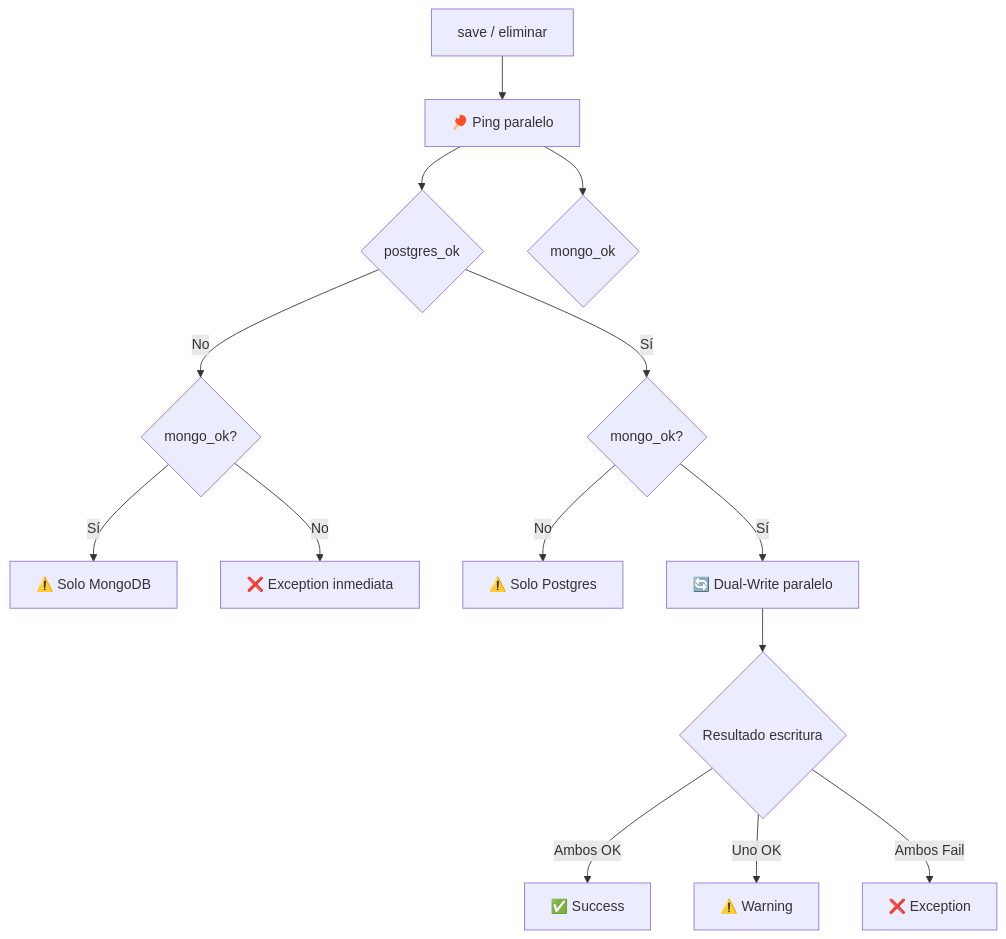
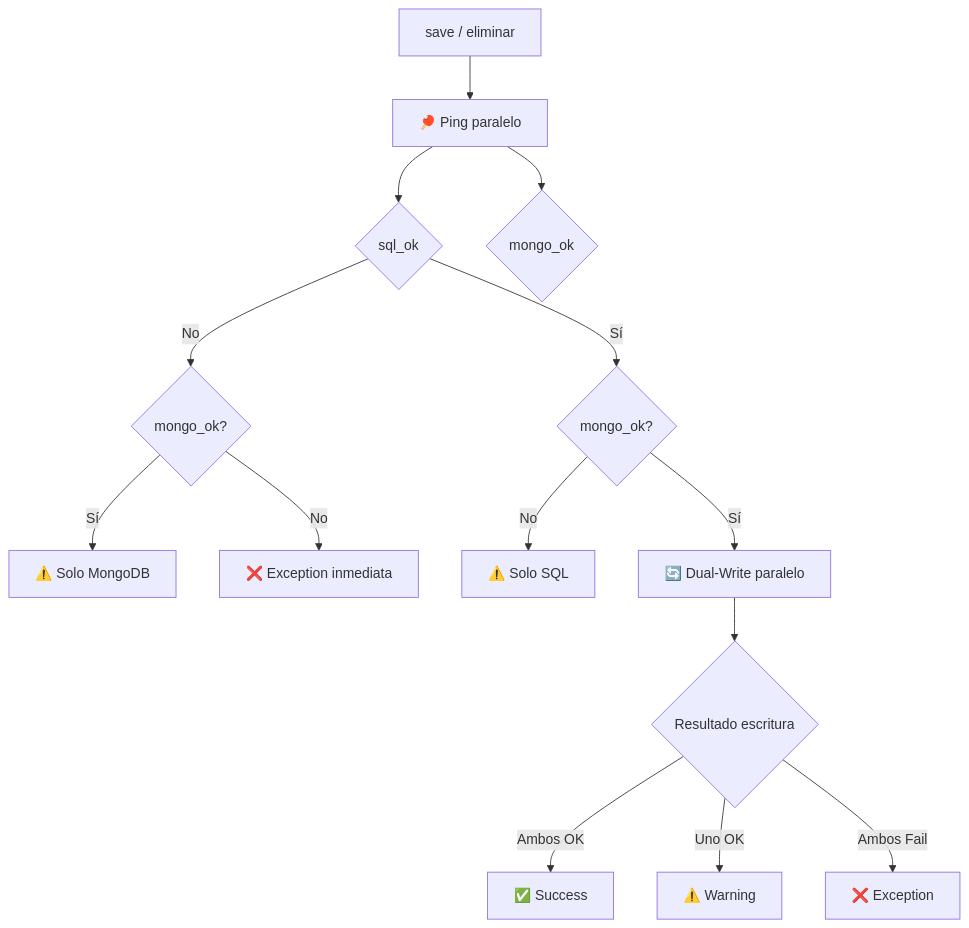
One commit to PabSdev/Arquitectura changed the fourth of 4 diagrams in infrastructure/dual/README.md. Above: the diagram before and after it, drawn with Mermaid. The commit also changed other lines of this file and 19 other files, not shown here.

````diff
--- a/infrastructure/dual/README.md
+++ b/infrastructure/dual/README.md
@@ -204,20 +204,20 @@
 ```mermaid
 flowchart TD
     A[save / eliminar] --> P["🏓 Ping paralelo"]
-    P --> B{postgres_ok}
+    P --> B{sql_ok}
     P --> C{mongo_ok}
 
     B -- No --> OnlyMongo{mongo_ok?}
     B -- Sí --> BothCheck{mongo_ok?}
 
     OnlyMongo -- Sí --> M["⚠️ Solo MongoDB"]
     OnlyMongo -- No --> X["❌ Exception inmediata"]
 
-    BothCheck -- No --> S["⚠️ Solo Postgres"]
+    BothCheck -- No --> S["⚠️ Solo SQL"]
     BothCheck -- Sí --> Dual["🔄 Dual-Write paralelo"]
 
     Dual --> R{Resultado escritura}
     R -->|Ambos OK| OK["✅ Success"]
     R -->|Uno OK| W["⚠️ Warning"]
     R -->|Ambos Fail| E["❌ Exception"]
 ```
````
